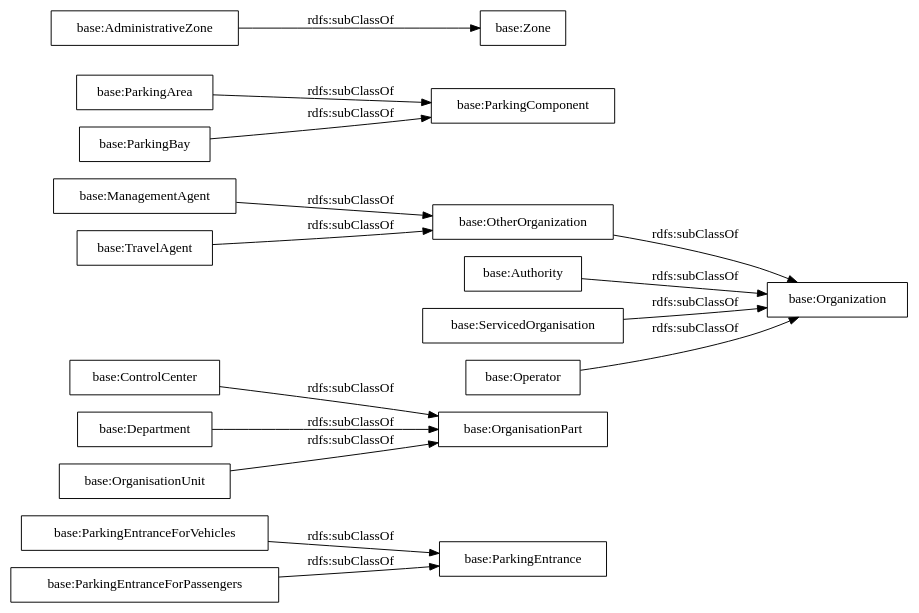
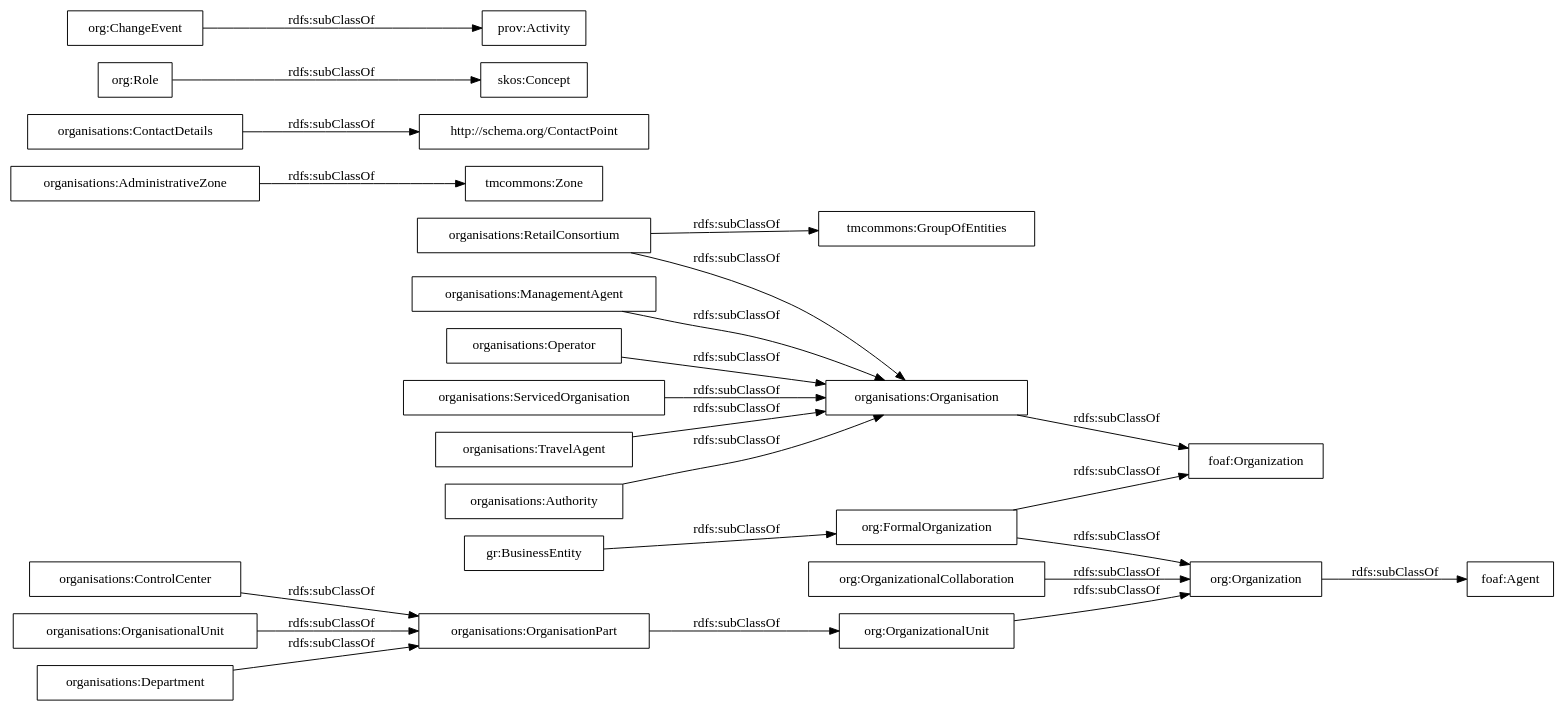
One commit to oeg-upm/DocumentacionSnap changed the diagram in docs/tm-organisations.owl/diagrams/ar2dtool-taxonomy/tm-organisations.owl.png.dot. Above: the diagram before and after it, drawn with Graphviz. The commit also changed 19 other files, not shown here.

Commit message:
mv tm-org to tm-organisations

```diff
--- a/docs/tm-organisations.owl/diagrams/ar2dtool-taxonomy/tm-organisations.owl.png.dot
+++ b/docs/tm-organisations.owl/diagrams/ar2dtool-taxonomy/tm-organisations.owl.png.dot
@@ -1,20 +1,28 @@
 digraph ar2dtool_diagram { 
 rankdir=LR;
 size="1000"
-node [shape = rectangle, color="black"]; "base:ParkingEntranceForVehicles" "base:ControlCenter" "base:ManagementAgent" "base:Department" "base:ParkingArea" "base:Organization" "base:Authority" "base:ParkingComponent" "base:ParkingBay" "base:TravelAgent" "base:Zone" "base:ServicedOrganisation" "base:ParkingEntranceForPassengers" "base:OrganisationUnit" "base:AdministrativeZone" "base:OrganisationPart" "base:ParkingEntrance" "base:Operator" "base:OtherOrganization" ; /*classes style*/
-	"base:OtherOrganization" -> "base:Organization" [ label = "rdfs:subClassOf" ];
-	"base:ServicedOrganisation" -> "base:Organization" [ label = "rdfs:subClassOf" ];
-	"base:ManagementAgent" -> "base:OtherOrganization" [ label = "rdfs:subClassOf" ];
-	"base:ControlCenter" -> "base:OrganisationPart" [ label = "rdfs:subClassOf" ];
-	"base:ParkingArea" -> "base:ParkingComponent" [ label = "rdfs:subClassOf" ];
-	"base:ParkingEntranceForVehicles" -> "base:ParkingEntrance" [ label = "rdfs:subClassOf" ];
-	"base:TravelAgent" -> "base:OtherOrganization" [ label = "rdfs:subClassOf" ];
-	"base:AdministrativeZone" -> "base:Zone" [ label = "rdfs:subClassOf" ];
-	"base:Department" -> "base:OrganisationPart" [ label = "rdfs:subClassOf" ];
-	"base:OrganisationUnit" -> "base:OrganisationPart" [ label = "rdfs:subClassOf" ];
-	"base:Authority" -> "base:Organization" [ label = "rdfs:subClassOf" ];
-	"base:Operator" -> "base:Organization" [ label = "rdfs:subClassOf" ];
-	"base:ParkingBay" -> "base:ParkingComponent" [ label = "rdfs:subClassOf" ];
-	"base:ParkingEntranceForPassengers" -> "base:ParkingEntrance" [ label = "rdfs:subClassOf" ];
+node [shape = rectangle, color="black"]; "organisations:Operator" "organisations:ServicedOrganisation" "organisations:ControlCenter" "organisations:AdministrativeZone" "http://schema.org/ContactPoint" "organisations:Organisation" "organisations:OrganisationPart" "organisations:OrganisationalUnit" "organisations:Department" "organisations:TravelAgent" "organisations:RetailConsortium" "organisations:ManagementAgent" "organisations:ContactDetails" "tmcommons:GroupOfEntities" "tmcommons:Zone" "foaf:Organization" "skos:Concept" "organisations:Authority" "org:OrganizationalUnit" "org:FormalOrganization" "org:OrganizationalCollaboration" "org:Organization" "org:Role" "org:ChangeEvent" ; /*classes style*/
+	"org:OrganizationalUnit" -> "org:Organization" [ label = "rdfs:subClassOf" ];
+	"organisations:AdministrativeZone" -> "tmcommons:Zone" [ label = "rdfs:subClassOf" ];
+	"organisations:Authority" -> "organisations:Organisation" [ label = "rdfs:subClassOf" ];
+	"org:Role" -> "skos:Concept" [ label = "rdfs:subClassOf" ];
+	"organisations:OrganisationPart" -> "org:OrganizationalUnit" [ label = "rdfs:subClassOf" ];
+	"organisations:ContactDetails" -> "http://schema.org/ContactPoint" [ label = "rdfs:subClassOf" ];
+	"organisations:ServicedOrganisation" -> "organisations:Organisation" [ label = "rdfs:subClassOf" ];
+	"organisations:Department" -> "organisations:OrganisationPart" [ label = "rdfs:subClassOf" ];
+	"organisations:TravelAgent" -> "organisations:Organisation" [ label = "rdfs:subClassOf" ];
+	"org:Organization" -> "foaf:Agent" [ label = "rdfs:subClassOf" ];
+	"organisations:ManagementAgent" -> "organisations:Organisation" [ label = "rdfs:subClassOf" ];
+	"organisations:ControlCenter" -> "organisations:OrganisationPart" [ label = "rdfs:subClassOf" ];
+	"org:ChangeEvent" -> "prov:Activity" [ label = "rdfs:subClassOf" ];
+	"organisations:Operator" -> "organisations:Organisation" [ label = "rdfs:subClassOf" ];
+	"organisations:RetailConsortium" -> "organisations:Organisation" [ label = "rdfs:subClassOf" ];
+	"organisations:RetailConsortium" -> "tmcommons:GroupOfEntities" [ label = "rdfs:subClassOf" ];
+	"org:FormalOrganization" -> "org:Organization" [ label = "rdfs:subClassOf" ];
+	"org:FormalOrganization" -> "foaf:Organization" [ label = "rdfs:subClassOf" ];
+	"gr:BusinessEntity" -> "org:FormalOrganization" [ label = "rdfs:subClassOf" ];
+	"organisations:Organisation" -> "foaf:Organization" [ label = "rdfs:subClassOf" ];
+	"org:OrganizationalCollaboration" -> "org:Organization" [ label = "rdfs:subClassOf" ];
+	"organisations:OrganisationalUnit" -> "organisations:OrganisationPart" [ label = "rdfs:subClassOf" ];
 
 }
```
